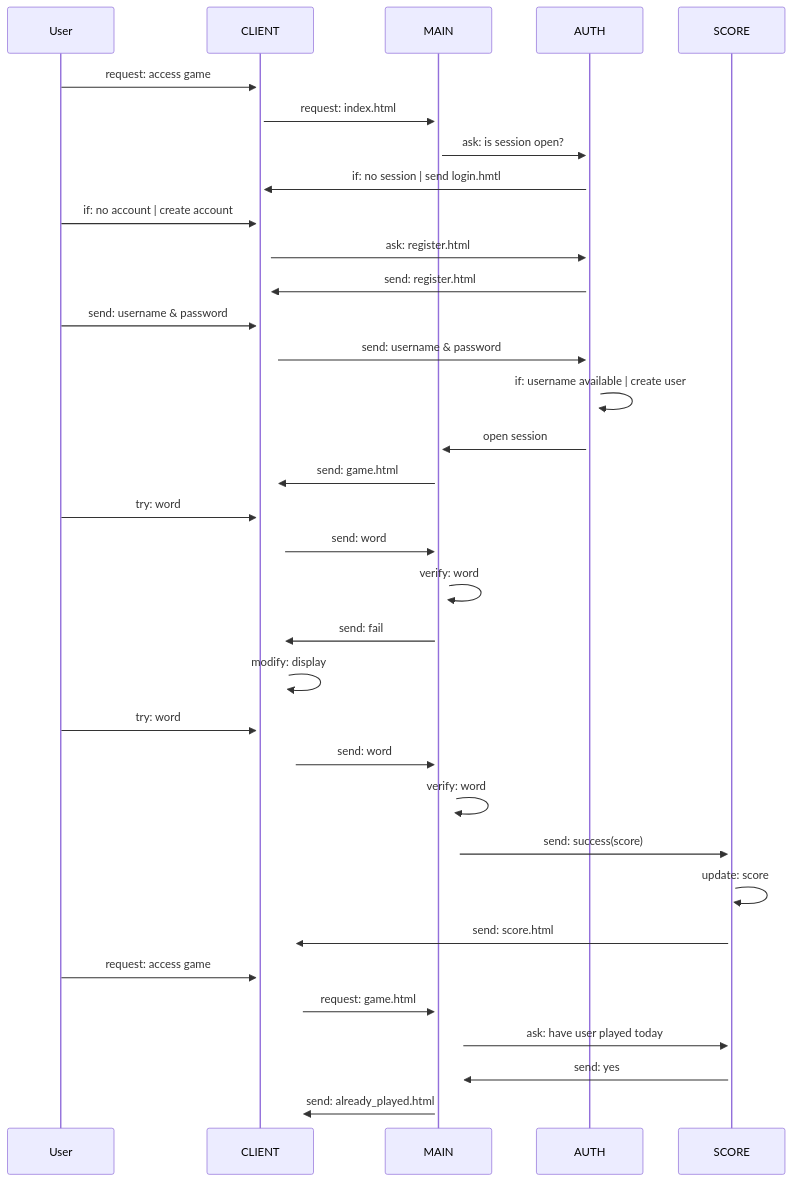
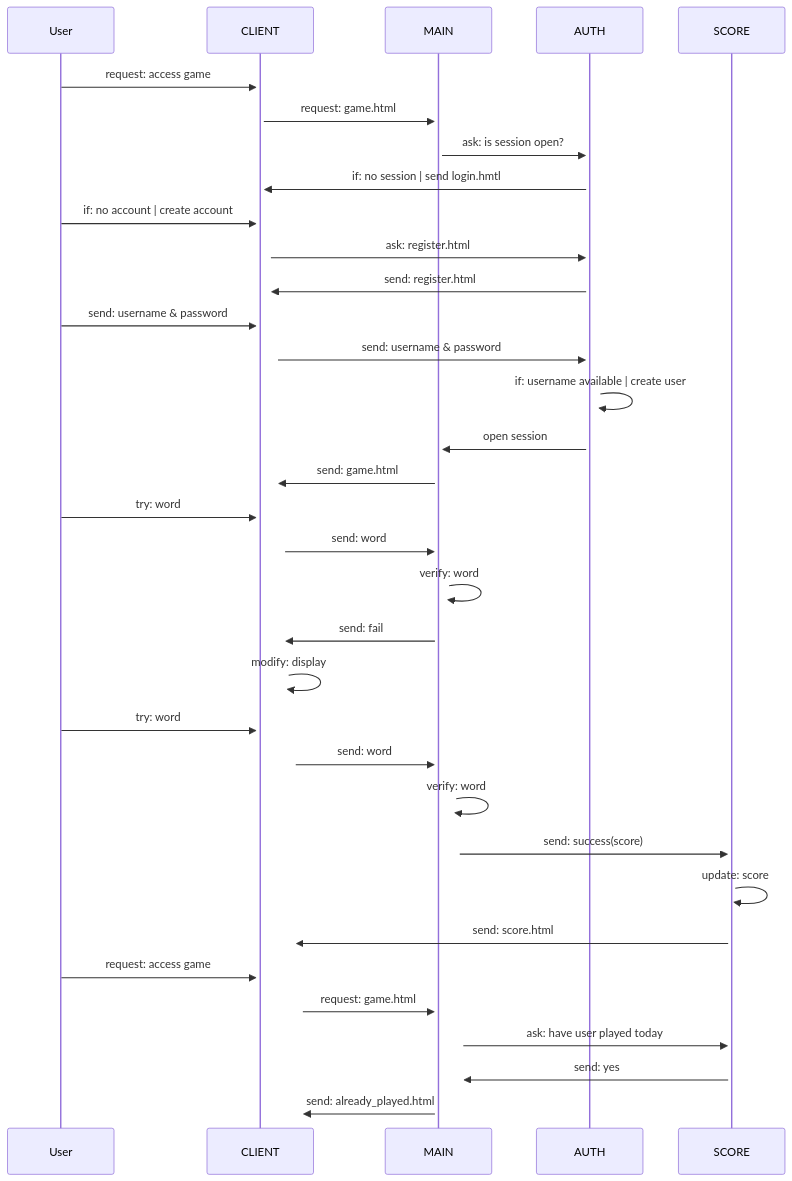
One commit to erwanCdc/boucheCousue changed the diagram in README.md. Above: the diagram before and after it, drawn with Mermaid. The commit also changed other lines of this file, not shown here.

````diff
--- a/README.md
+++ b/README.md
@@ -31,31 +38,31 @@
 ``` mermaid
 sequenceDiagram
     User->>+CLIENT: request: access game
-    CLIENT->>+MAIN: request: index.html
+    CLIENT->>+MAIN: request: game.html
     MAIN->>+AUTH: ask: is session open?
     AUTH->>+CLIENT: if: no session | send login.hmtl
     User->>+CLIENT: if: no account | create account
     CLIENT->>+AUTH: ask: register.html
     AUTH->>+CLIENT: send: register.html
     User->>+CLIENT: send: username & password
     CLIENT->>+AUTH: send: username & password
     AUTH->>+AUTH: if: username available | create user
     AUTH->>+MAIN: open session
     MAIN->>+CLIENT: send: game.html
     User->>+CLIENT: try: word
     CLIENT->>+MAIN: send: word
     MAIN->>+MAIN: verify: word
     MAIN->>+CLIENT: send: fail
     CLIENT->>+CLIENT: modify: display
     User->>+CLIENT: try: word
     CLIENT->>+MAIN: send: word
     MAIN->>+MAIN: verify: word
     MAIN->>+SCORE: send: success(score)
     SCORE->>+SCORE: update: score
     SCORE->>+CLIENT: send: score.html
     User->>+CLIENT: request: access game
     CLIENT->>+MAIN: request: game.html
     MAIN->>+SCORE: ask: have user played today
     SCORE->>+MAIN: send: yes
     MAIN->>+CLIENT: send: already_played.html
 ```
````
